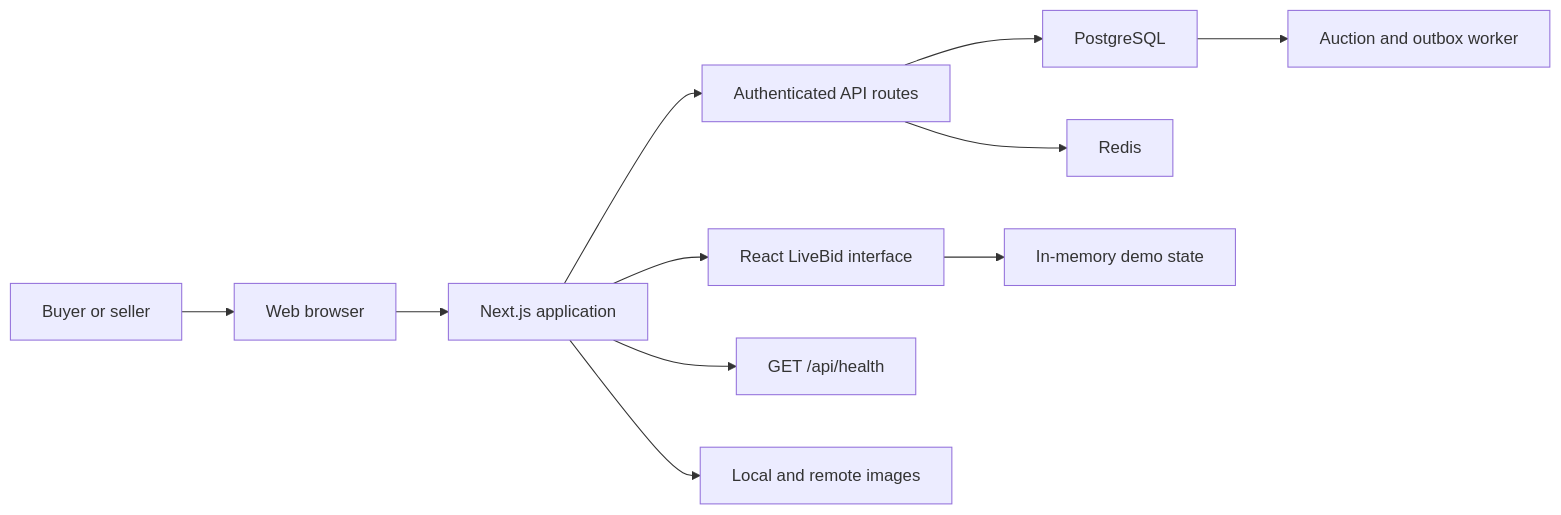
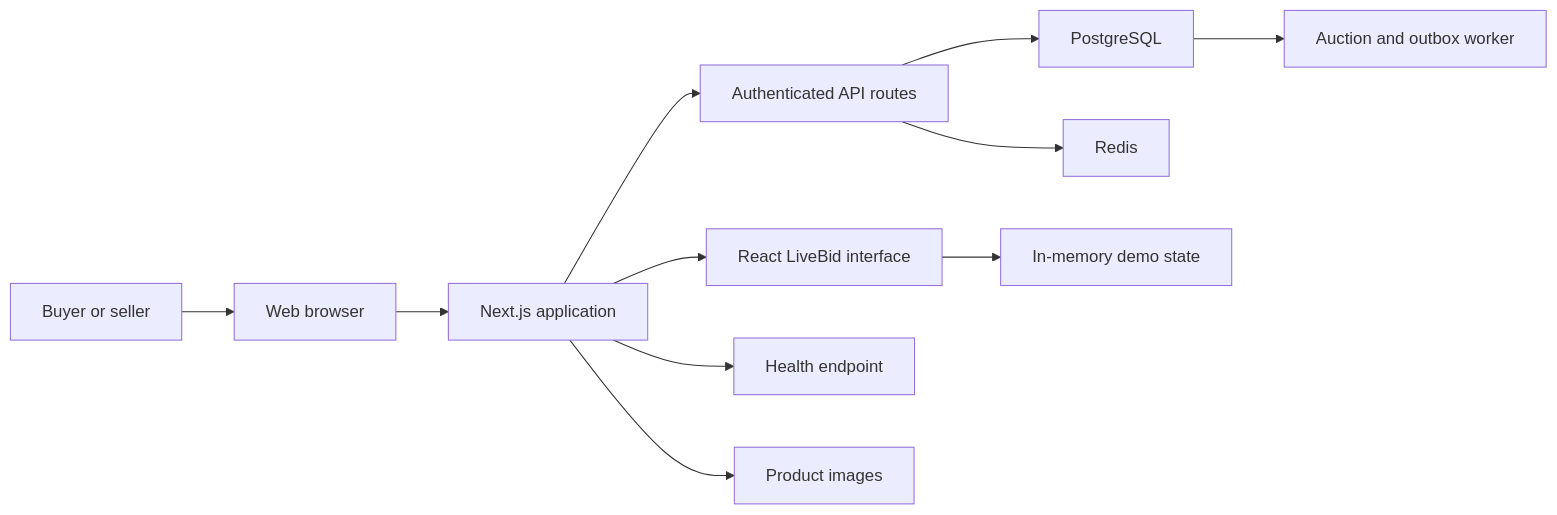
One commit to KrishnaDistributedcomputing/livebid changed the diagram in README.md. Above: the diagram before and after it, drawn with Mermaid. The commit also changed other lines of this file and 2 other files, not shown here.

````diff
--- a/README.md
+++ b/README.md
@@ -48,13 +105,13 @@
 ```mermaid
-flowchart LR
-    User["Buyer or seller"] --> Browser["Web browser"]
-    Browser --> Next["Next.js application"]
-    Next --> UI["React LiveBid interface"]
-    Next --> API["Authenticated API routes"]
-    API --> PostgreSQL["PostgreSQL"]
-    API --> Redis["Redis"]
-    PostgreSQL --> Worker["Auction and outbox worker"]
-    Next --> Health["GET /api/health"]
-    UI --> Memory["In-memory demo state"]
-    Next --> Media["Local and remote images"]
+graph LR
+    user["Buyer or seller"] --> browser["Web browser"]
+    browser --> webapp["Next.js application"]
+    webapp --> interface["React LiveBid interface"]
+    webapp --> api["Authenticated API routes"]
+    api --> database["PostgreSQL"]
+    api --> cache["Redis"]
+    database --> worker["Auction and outbox worker"]
+    webapp --> health["Health endpoint"]
+    interface --> state["In-memory demo state"]
+    webapp --> media["Product images"]
 ```
````
